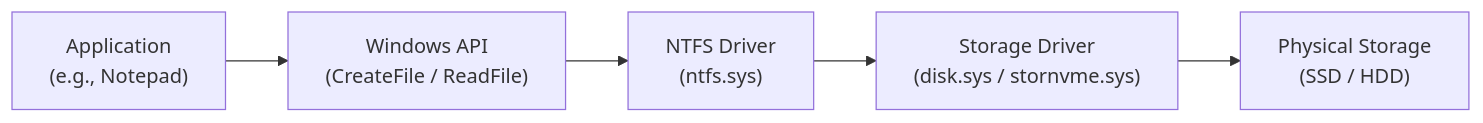
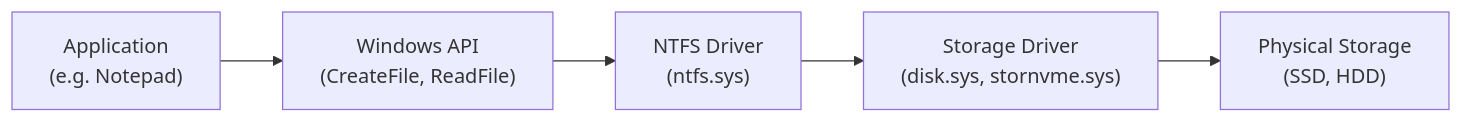
One commit to Kashif-Mashi/Blue-Team-Handbook changed the second of 10 diagrams in Windows/Fundamentals/Chapter 03 — Windows File System & File Explorer.md. Above: the diagram before and after it, drawn with Mermaid. The commit also changed other lines of this file and 1 other file, not shown here.

````diff
--- a/Windows/Fundamentals/Chapter 03 — Windows File System & File Explorer.md
+++ b/Windows/Fundamentals/Chapter 03 — Windows File System & File Explorer.md
@@ -93,7 +93,7 @@
 ```mermaid
 flowchart LR
-    App["Application<br/>(e.g., Notepad)"] --> WinAPI["Windows API<br/>(CreateFile / ReadFile)"]
-    WinAPI --> Driver["NTFS Driver<br/>(ntfs.sys)"]
-    Driver --> StorageDriver["Storage Driver<br/>(disk.sys / stornvme.sys)"]
-    StorageDriver --> Hardware["Physical Storage<br/>(SSD / HDD)"]
+    App["Application<br>(e.g. Notepad)"] --> WinAPI["Windows API<br>(CreateFile, ReadFile)"]
+    WinAPI --> Driver["NTFS Driver<br>(ntfs.sys)"]
+    Driver --> StorageDriver["Storage Driver<br>(disk.sys, stornvme.sys)"]
+    StorageDriver --> Hardware["Physical Storage<br>(SSD, HDD)"]
 ```
````
